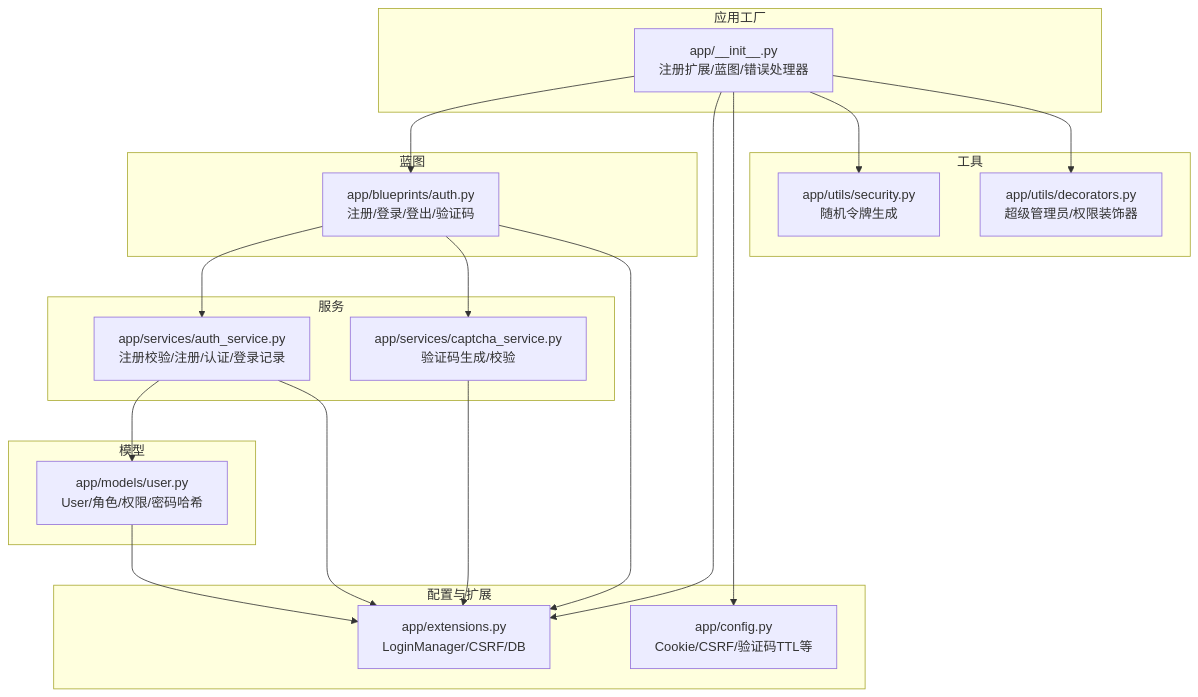
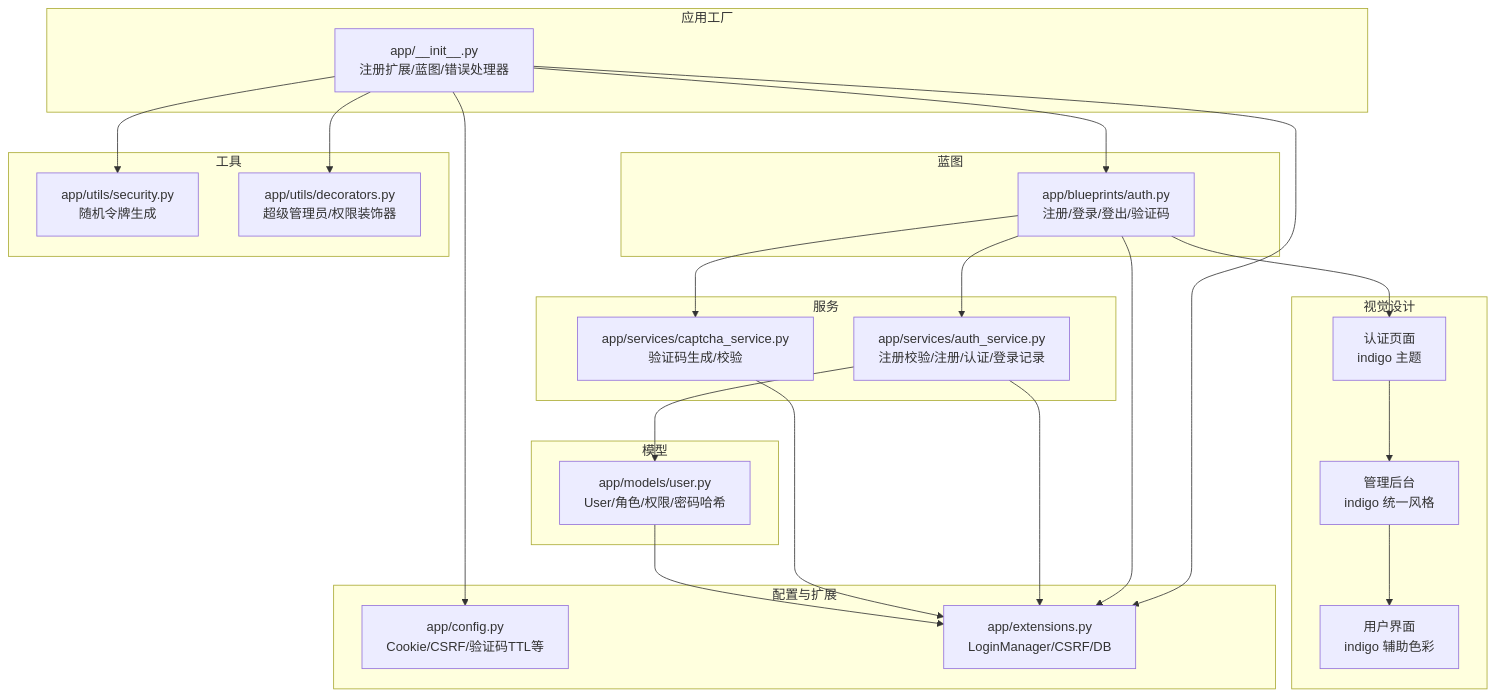
One commit to beyondalbert/my_wiki changed the first of 10 diagrams in .qoder/repowiki/zh/content/核心模块/用户系统模块/认证服务.md. Above: the diagram before and after it, drawn with Mermaid. The commit also changed other lines of this file and 7 other files, not shown here.

````diff
--- a/.qoder/repowiki/zh/content/核心模块/用户系统模块/认证服务.md
+++ b/.qoder/repowiki/zh/content/核心模块/用户系统模块/认证服务.md
@@ -43,36 +62,44 @@
 ```mermaid
 graph TB
 subgraph "应用工厂"
 A["app/__init__.py<br/>注册扩展/蓝图/错误处理器"]
 end
 subgraph "蓝图"
 B["app/blueprints/auth.py<br/>注册/登录/登出/验证码"]
 end
 subgraph "服务"
 C["app/services/auth_service.py<br/>注册校验/注册/认证/登录记录"]
 D["app/services/captcha_service.py<br/>验证码生成/校验"]
 end
 subgraph "模型"
 E["app/models/user.py<br/>User/角色/权限/密码哈希"]
 end
 subgraph "配置与扩展"
 F["app/config.py<br/>Cookie/CSRF/验证码TTL等"]
 G["app/extensions.py<br/>LoginManager/CSRF/DB"]
 end
 subgraph "工具"
 H["app/utils/security.py<br/>随机令牌生成"]
 I["app/utils/decorators.py<br/>超级管理员/权限装饰器"]
 end
+subgraph "视觉设计"
+J["认证页面<br/>indigo 主题"]
+K["管理后台<br/>indigo 统一风格"]
+L["用户界面<br/>indigo 辅助色彩"]
+end
 A --> B
 B --> C
 B --> D
 C --> E
 A --> G
 A --> F
 B --> G
 C --> G
 D --> G
 E --> G
 A --> H
 A --> I
+B --> J
+J --> K
+K --> L
 ```
````
